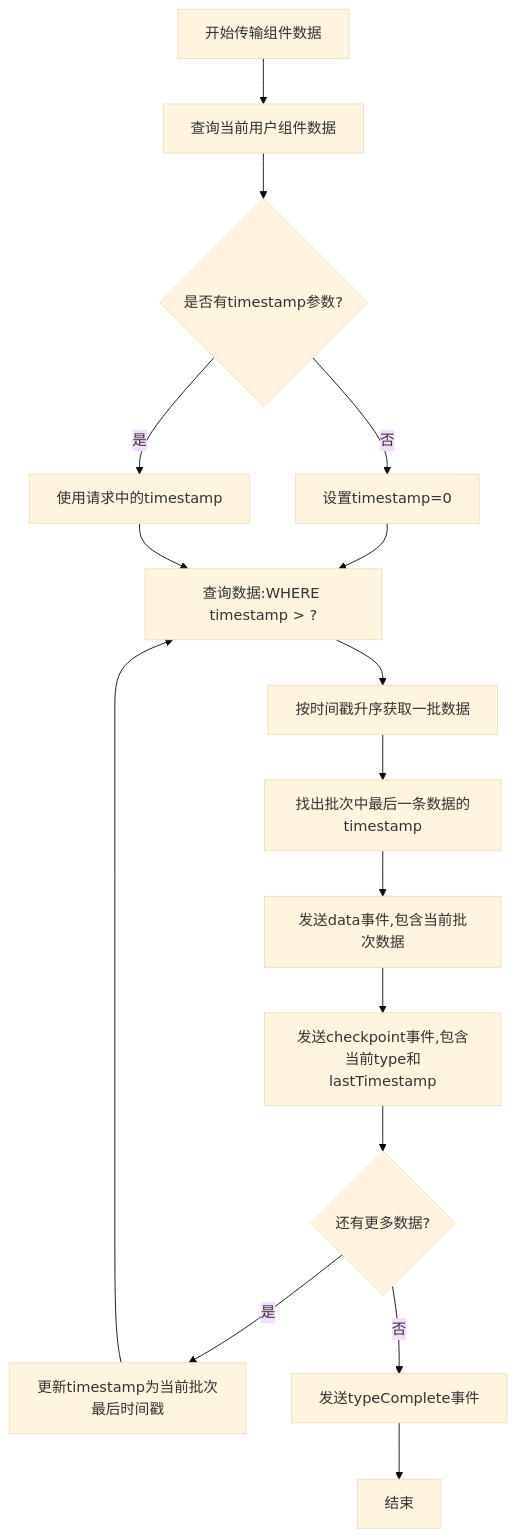
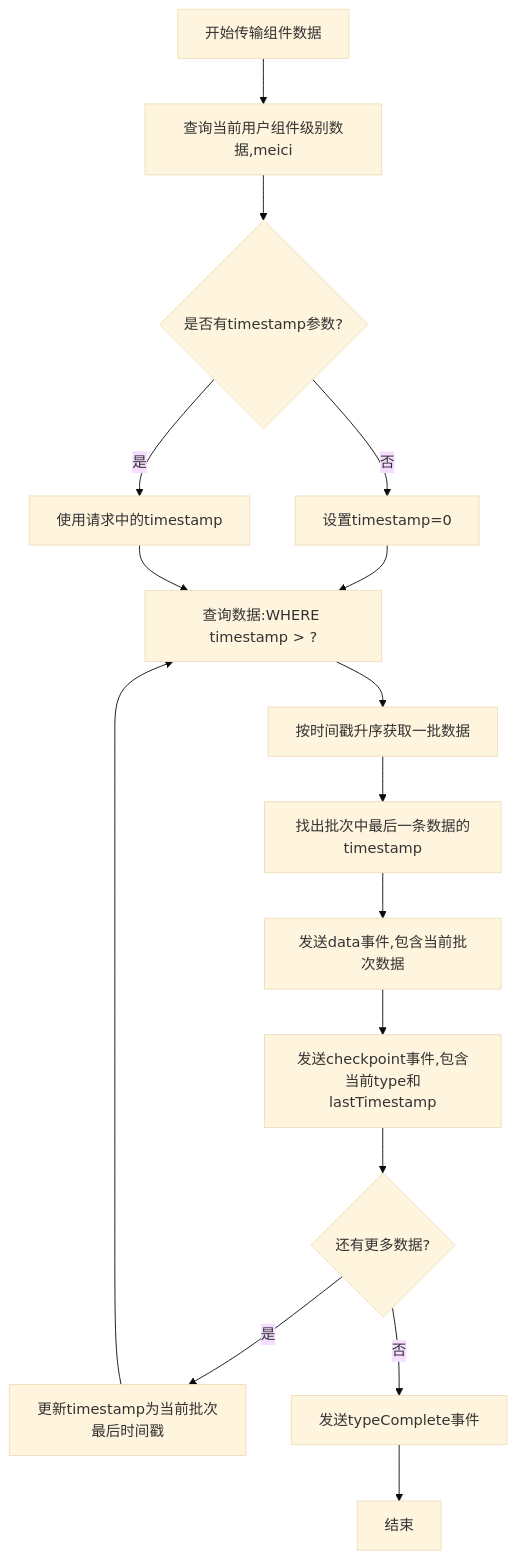
Before and after one commit to yingjianzh/iodraw-files: the diagram in all/未命名-59.md, drawn with Mermaid (base theme).

Commit message:
2025-05-14 15:22:53 update

````diff
--- a/all/未命名-59.md
+++ b/all/未命名-59.md
@@ -1,24 +1,24 @@
 ```mermaid
 flowchart TD
-    A[开始传输组件数据] --> B[查询当前用户组件数据]
+    A[开始传输组件数据] --> B[查询当前用户组件级别数据,meici]
     
     B --> C{是否有timestamp参数?}
     C -->|否| D[设置timestamp=0]
     C -->|是| E[使用请求中的timestamp]
     
     D --> F[查询数据:WHERE timestamp > ?]
     E --> F
     
     F --> G[按时间戳升序获取一批数据]
     G --> H[找出批次中最后一条数据的timestamp]
     
     H --> I[发送data事件,包含当前批次数据]
     I --> J[发送checkpoint事件,包含当前type和lastTimestamp]
     
     J --> K{还有更多数据?}
     K -->|是| L[更新timestamp为当前批次最后时间戳]
     L --> F
     
     K -->|否| M[发送typeComplete事件]
     M --> N[结束]
 ```
````
